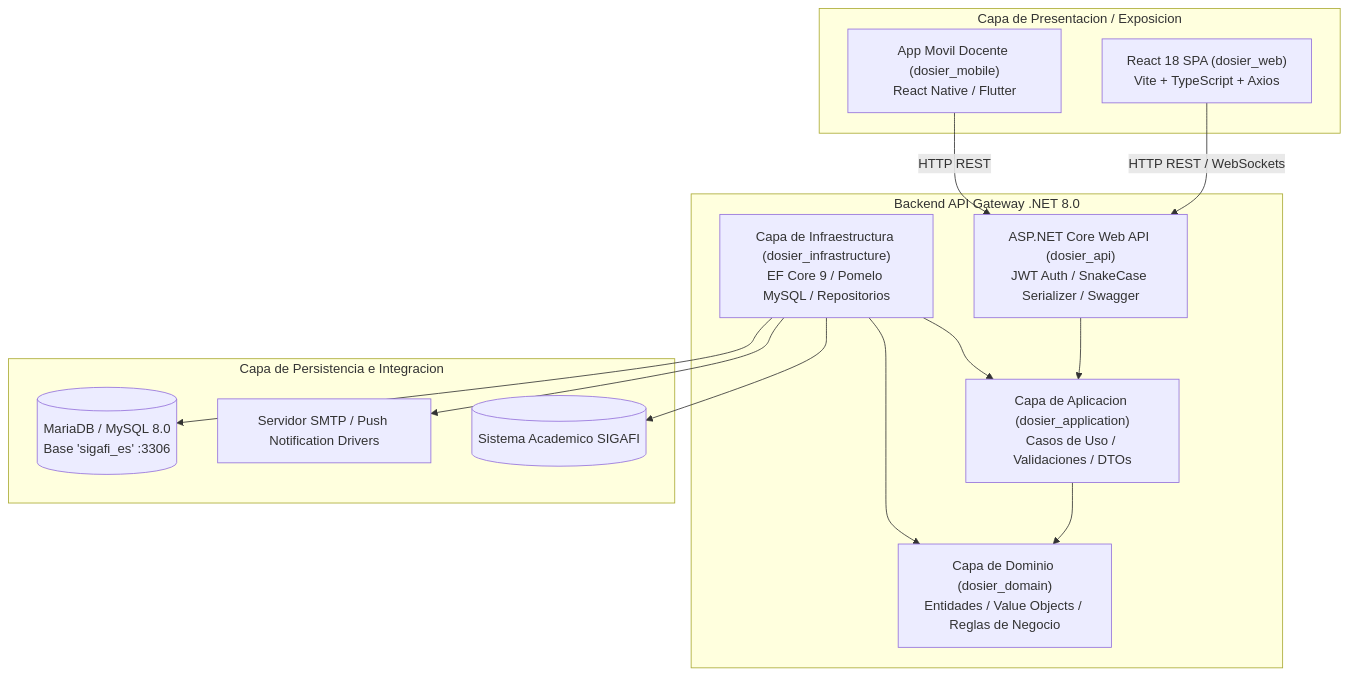
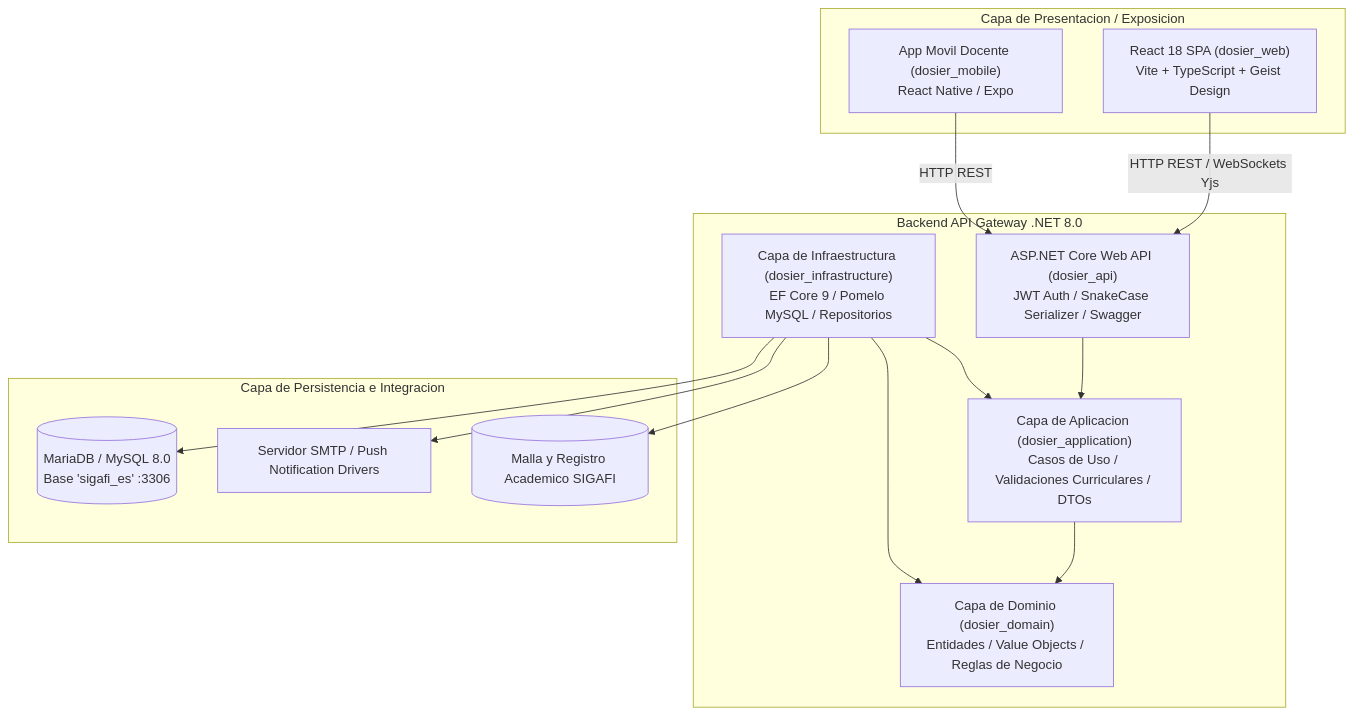
The first of 3 diagrams in docs/documentacion/01-arquitectura/01-macro-arquitectura-clean-arch.md (JorgeDoicela/dosier), drawn with Mermaid before and after one commit. The commit also changed other lines of this file and 29 other files, not shown here.

````diff
--- a/docs/documentacion/01-arquitectura/01-macro-arquitectura-clean-arch.md
+++ b/docs/documentacion/01-arquitectura/01-macro-arquitectura-clean-arch.md
@@ -15,32 +21,32 @@
 ```mermaid
 graph TD
     subgraph CapaPresentacion [Capa de Presentacion / Exposicion]
-        WebClient["React 18 SPA (dosier_web)\nVite + TypeScript + Axios"]
-        MobileClient["App Movil Docente (dosier_mobile)\nReact Native / Flutter"]
+        WebClient["React 18 SPA (dosier_web)\nVite + TypeScript + Geist Design"]
+        MobileClient["App Movil Docente (dosier_mobile)\nReact Native / Expo"]
     end
 
     subgraph CapaBackend [Backend API Gateway .NET 8.0]
         APIGateway["ASP.NET Core Web API (dosier_api)\nJWT Auth / SnakeCase Serializer / Swagger"]
-        AppCore["Capa de Aplicacion (dosier_application)\nCasos de Uso / Validaciones / DTOs"]
+        AppCore["Capa de Aplicacion (dosier_application)\nCasos de Uso / Validaciones Curriculares / DTOs"]
         DomainCore["Capa de Dominio (dosier_domain)\nEntidades / Value Objects / Reglas de Negocio"]
         InfraCore["Capa de Infraestructura (dosier_infrastructure)\nEF Core 9 / Pomelo MySQL / Repositorios"]
     end
 
     subgraph CapaPersistencia [Capa de Persistencia e Integracion]
         MySQLDB[(MariaDB / MySQL 8.0\nBase 'sigafi_es' :3306)]
         MailSMTP["Servidor SMTP / Push Notification Drivers"]
-        ExternalSIGAFI[("Sistema Academico SIGAFI")]
+        ExternalSIGAFI[("Malla y Registro Academico SIGAFI")]
     end
 
-    WebClient -->|HTTP REST / WebSockets| APIGateway
+    WebClient -->|HTTP REST / WebSockets Yjs| APIGateway
     MobileClient -->|HTTP REST| APIGateway
 
     APIGateway --> AppCore
     AppCore --> DomainCore
     InfraCore --> DomainCore
     InfraCore --> AppCore
 
     InfraCore --> MySQLDB
     InfraCore --> MailSMTP
     InfraCore --> ExternalSIGAFI
 ```
````
